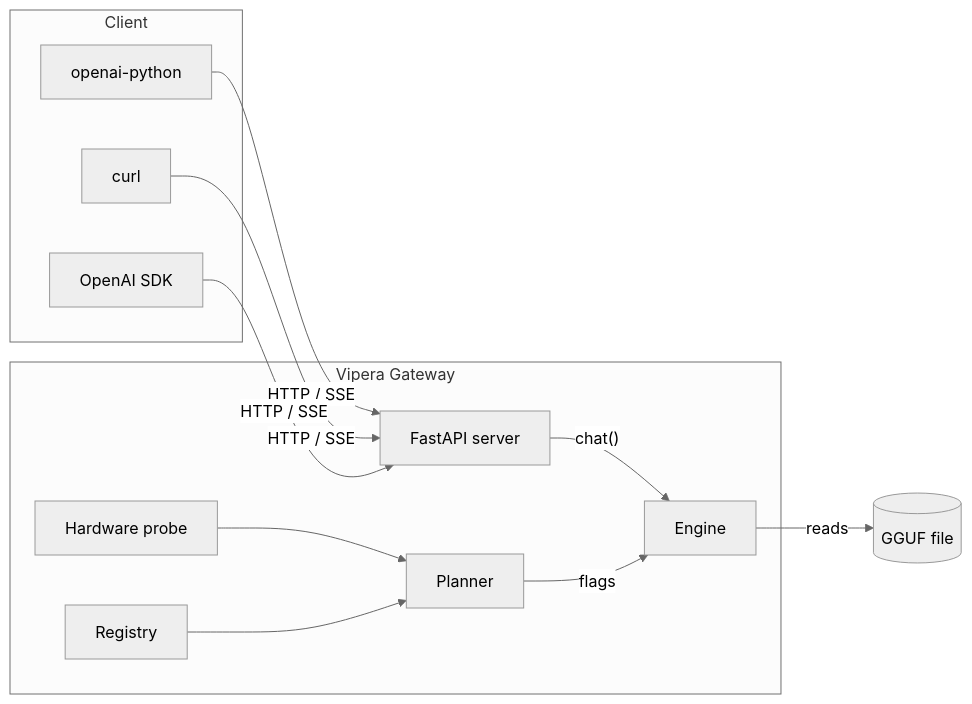
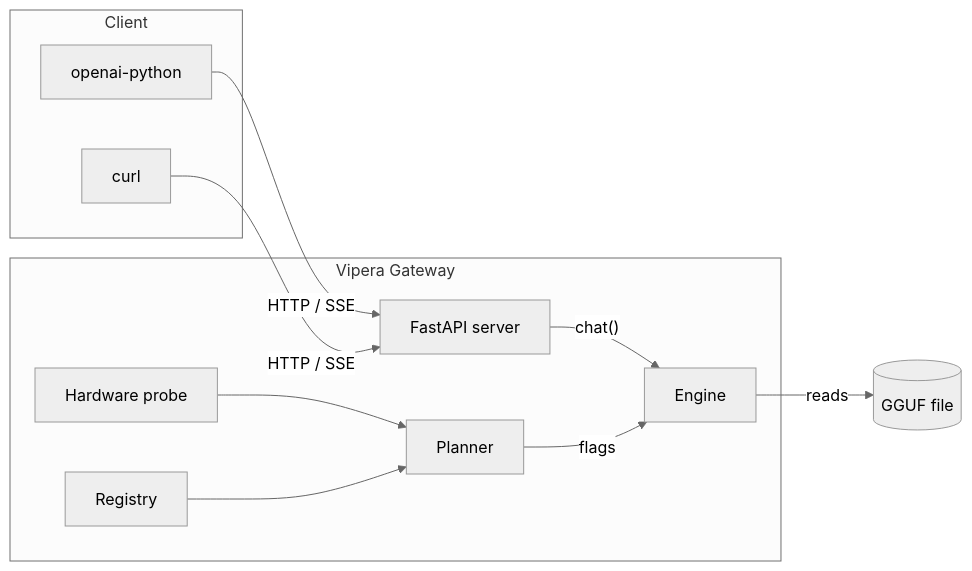
Before and after one commit to vipera-iso/vipera: the diagram in README.md, drawn with Mermaid (neutral theme). The commit also changed other lines of this file and 11 other files, not shown here.

````diff
--- a/README.md
+++ b/README.md
@@ -221,25 +139,24 @@
 ```mermaid
 flowchart LR
     subgraph Client
         C1["openai-python"]
         C2["curl"]
-        C3["OpenAI SDK"]
     end
 
     subgraph Vipera["Vipera Gateway"]
         S["FastAPI server"]
         E["Engine"]
         P["Planner"]
         H["Hardware probe"]
         R["Registry"]
     end
 
     M[("GGUF file")]
 
-    C1 & C2 & C3 -->|"HTTP / SSE"| S
+    C1 & C2 -->|"HTTP / SSE"| S
     S -->|"chat()"| E
     E -->|"reads"| M
     P -->|"flags"| E
     H --> P
     R --> P
 ```
````
